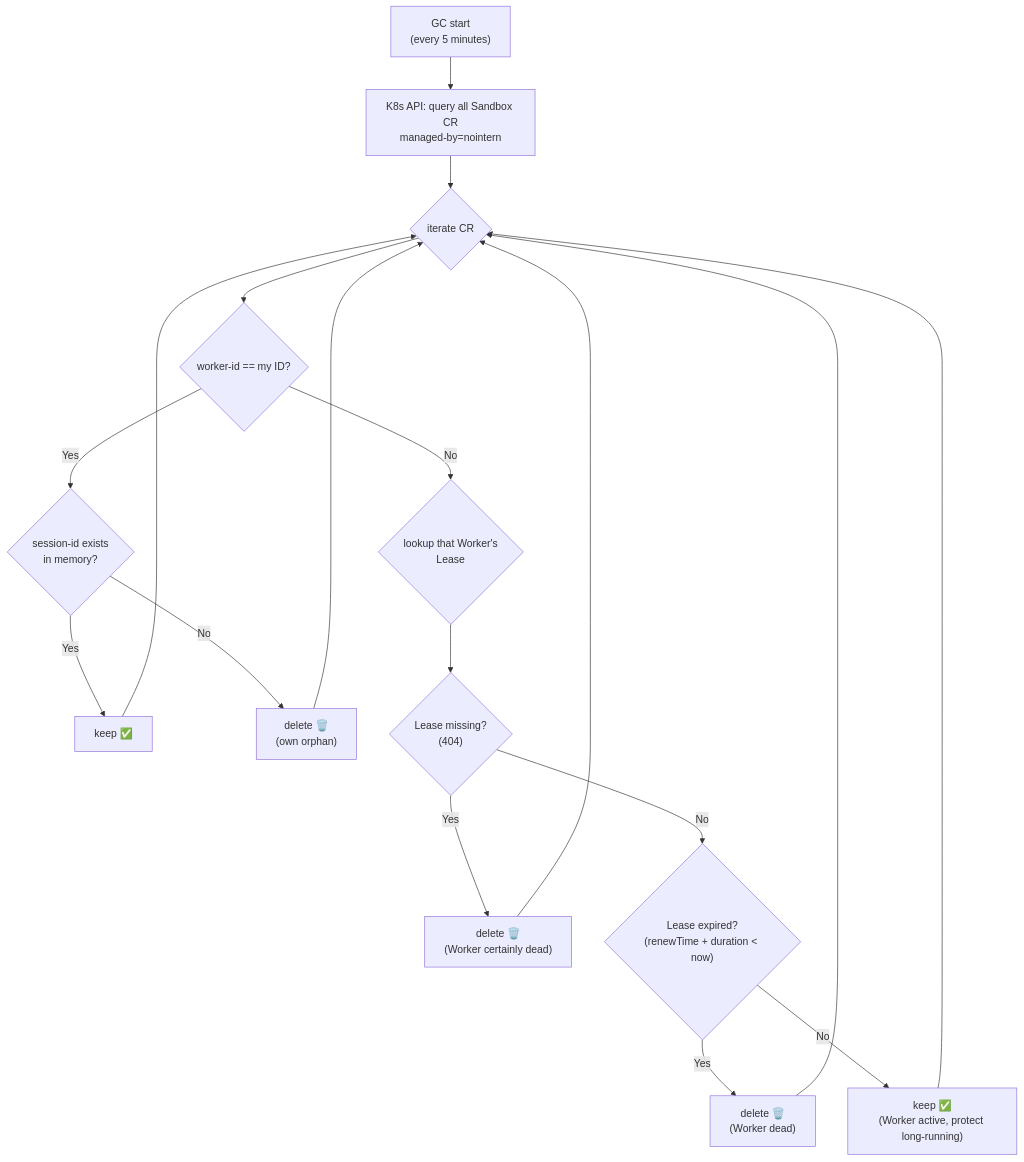
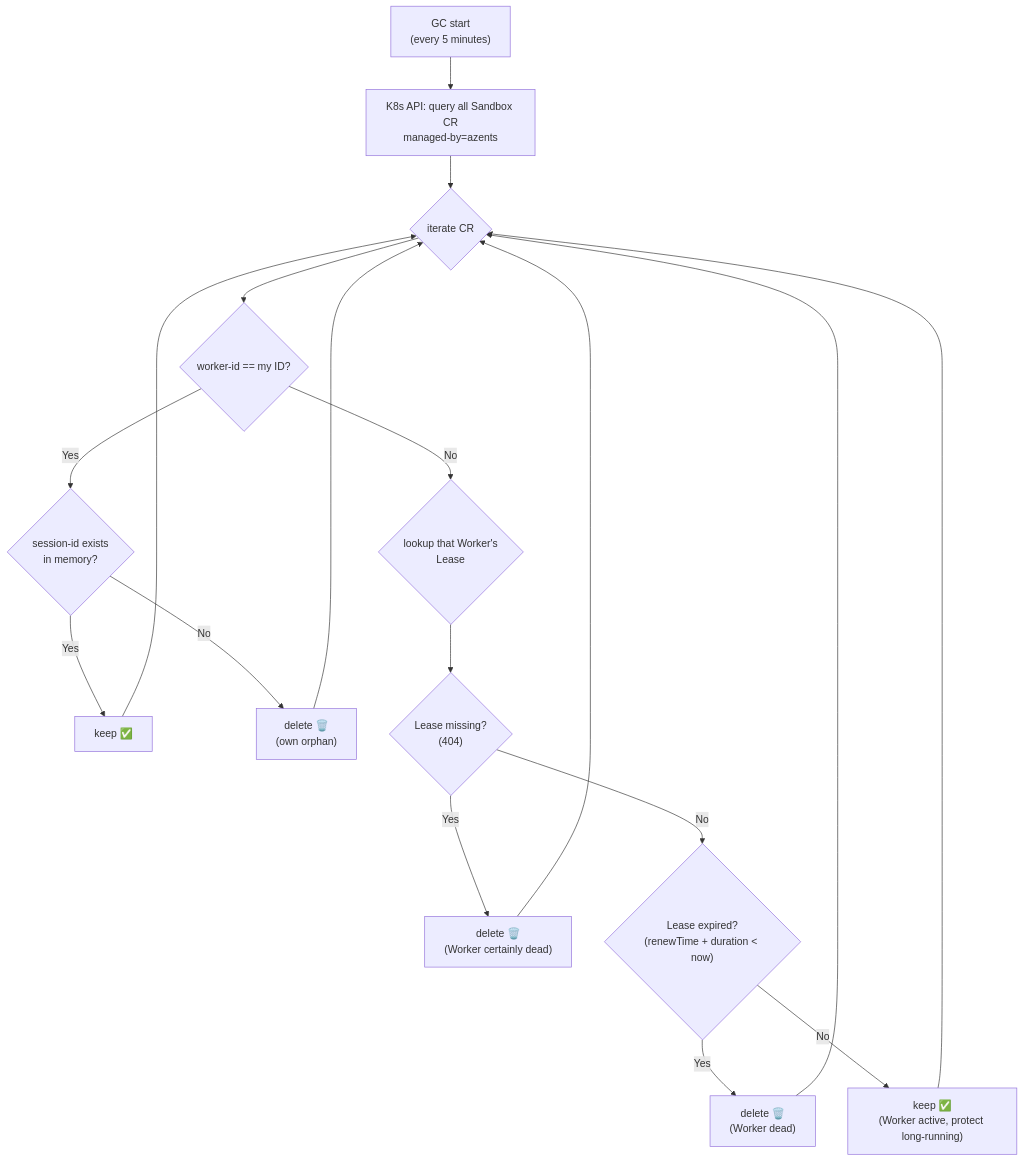
Before and after one commit to azents/azents: diagram 12 of 14 in docs/azents/design/sandbox-260225-sandbox.md, drawn with Mermaid. The commit also changed other lines of this file and 245 other files, not shown here.

````diff
--- a/docs/azents/design/sandbox-260225-sandbox.md
+++ b/docs/azents/design/sandbox-260225-sandbox.md
@@ -851,23 +851,23 @@
 ```mermaid
 flowchart TD
-    START["GC start<br/>(every 5 minutes)"] --> LIST["K8s API: query all Sandbox CR<br/>managed-by=nointern"]
+    START["GC start<br/>(every 5 minutes)"] --> LIST["K8s API: query all Sandbox CR<br/>managed-by=azents"]
     LIST --> LOOP{"iterate CR"}
     LOOP --> OWN{"worker-id == my ID?"}
 
     OWN -->|Yes| ACTIVE{"session-id exists<br/>in memory?"}
     ACTIVE -->|Yes| SKIP1["keep ✅"]
     ACTIVE -->|No| DEL1["delete 🗑️<br/>(own orphan)"]
 
     OWN -->|No| LEASE{"lookup that Worker's<br/>Lease"}
     LEASE --> NONE{"Lease missing?<br/>(404)"}
     NONE -->|Yes| DEL2["delete 🗑️<br/>(Worker certainly dead)"]
     NONE -->|No| EXPIRED{"Lease expired?<br/>(renewTime + duration < now)"}
     EXPIRED -->|Yes| DEL3["delete 🗑️<br/>(Worker dead)"]
     EXPIRED -->|No| SKIP2["keep ✅<br/>(Worker active, protect long-running)"]
 
     DEL1 --> LOOP
     DEL2 --> LOOP
     DEL3 --> LOOP
     SKIP1 --> LOOP
     SKIP2 --> LOOP
 ```
````
